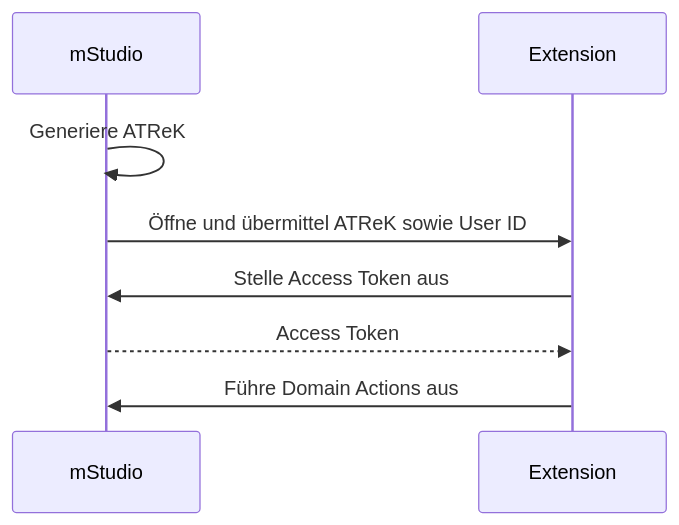
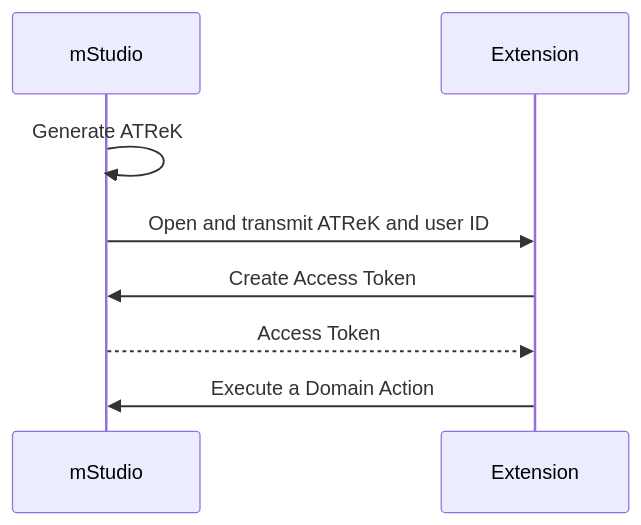
The second of 2 diagrams in docs/contribution/6-reference/5-api.mdx (mittwald/developer-portal), drawn with Mermaid before and after one commit. The commit also changed other lines of this file, not shown here.

````diff
--- a/docs/contribution/6-reference/5-api.mdx
+++ b/docs/contribution/6-reference/5-api.mdx
@@ -91,12 +91,12 @@
 ```mermaid
 sequenceDiagram
     participant mStudio
     participant Extension
 
-    mStudio->>mStudio: Generiere ATReK
-    mStudio->>Extension: Öffne und übermittel ATReK sowie User ID
-    Extension->>mStudio: Stelle Access Token aus
+    mStudio->>mStudio: Generate ATReK
+    mStudio->>Extension: Open and transmit ATReK and user ID
+    Extension->>mStudio: Create Access Token
     mStudio-->>Extension: Access Token
-    Extension->>mStudio: Führe Domain Actions aus
+    Extension->>mStudio: Execute a Domain Action
 
 ```
````
